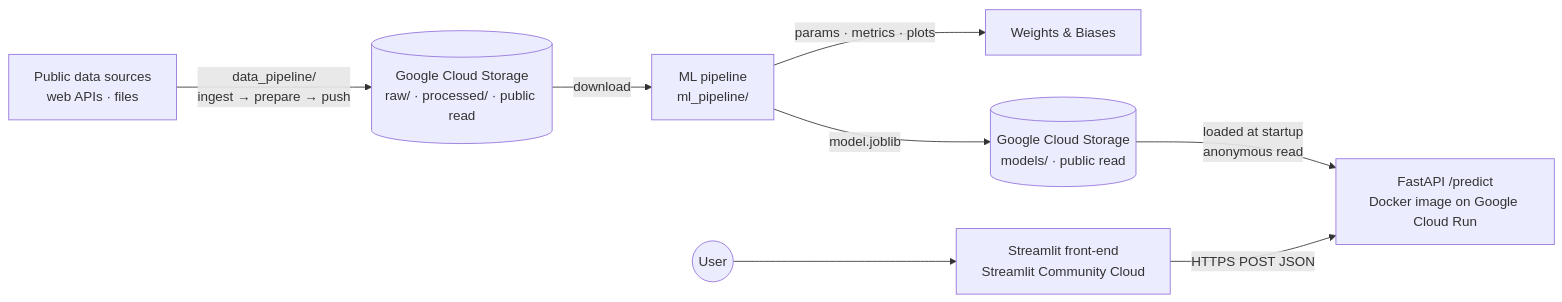
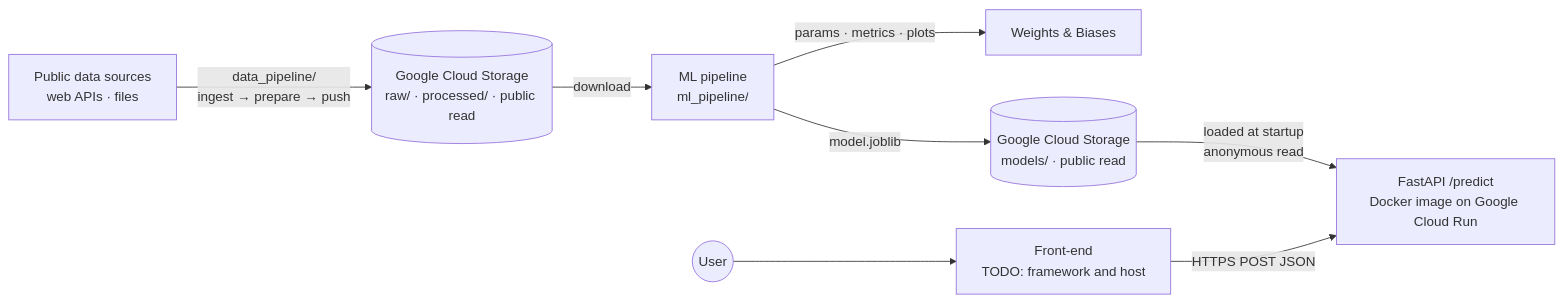
Before and after one commit to haydn-s/climate-impact-pipeline: the diagram in README.md, drawn with Mermaid. The commit also changed other lines of this file and 1 other file, not shown here.

First line of the commit message:
docs: add the live API and leave the front-end to Jothi

````diff
--- a/README.md
+++ b/README.md
@@ -85,10 +85,10 @@
 ```mermaid
 flowchart LR
     SRC[Public data sources<br/>web APIs · files] -->|data_pipeline/<br/>ingest → prepare → push| STORED[(Google Cloud Storage<br/>raw/ · processed/ · public read)]
     STORED -->|download| TRAIN[ML pipeline<br/>ml_pipeline/]
     TRAIN -->|params · metrics · plots| WB[Weights & Biases]
     TRAIN -->|model.joblib| STOREM[(Google Cloud Storage<br/>models/ · public read)]
     STOREM -->|loaded at startup<br/>anonymous read| API[FastAPI /predict<br/>Docker image on Google Cloud Run]
-    UI[Streamlit front-end<br/>Streamlit Community Cloud] -->|HTTPS POST JSON| API
+    UI[Front-end<br/>TODO: framework and host] -->|HTTPS POST JSON| API
     USER((User)) --> UI
 ```
````
